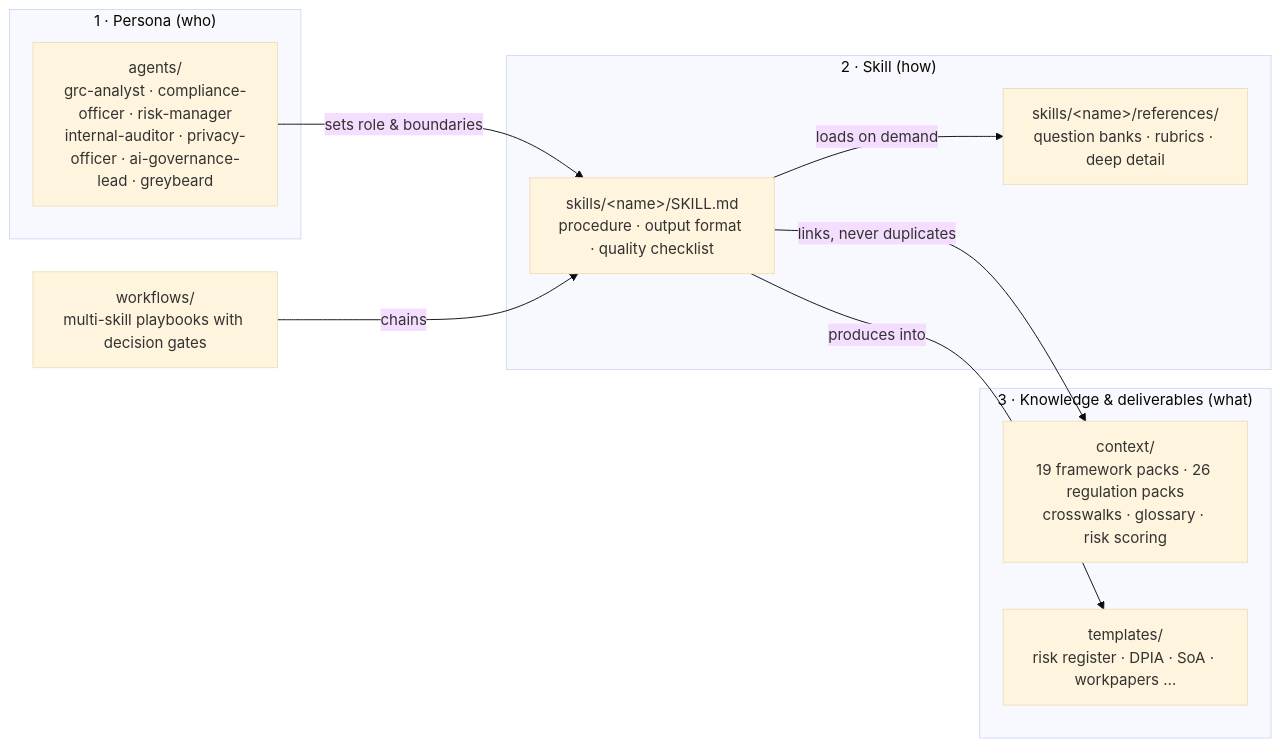
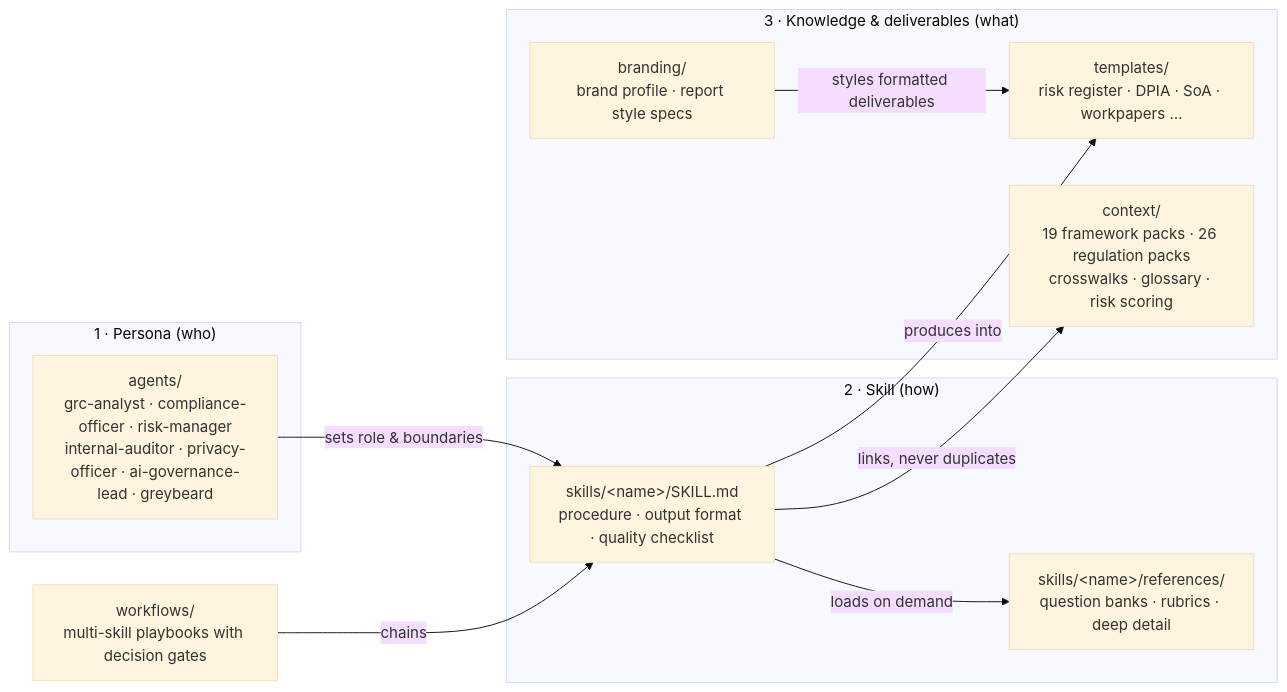
Before and after one commit to smerphy/cyber-grc-agent-skills: the diagram in README.md, drawn with Mermaid (base theme). The commit also changed other lines of this file and 15 other files, not shown here.

First line of the commit message:
Add branding layer: brand profile, assets, consulting-classic default report style

````diff
--- a/README.md
+++ b/README.md
@@ -119,20 +121,22 @@
 ```mermaid
 flowchart LR
     subgraph L1["1 · Persona (who)"]
         A["agents/<br/>grc-analyst · compliance-officer · risk-manager<br/>internal-auditor · privacy-officer · ai-governance-lead · greybeard"]
     end
     subgraph L2["2 · Skill (how)"]
         S["skills/&lt;name&gt;/SKILL.md<br/>procedure · output format · quality checklist"]
         R["skills/&lt;name&gt;/references/<br/>question banks · rubrics · deep detail"]
     end
     subgraph L3["3 · Knowledge & deliverables (what)"]
         C["context/<br/>19 framework packs · 26 regulation packs<br/>crosswalks · glossary · risk scoring"]
         T["templates/<br/>risk register · DPIA · SoA · workpapers …"]
+        B["branding/<br/>brand profile · report style specs"]
     end
     W["workflows/<br/>multi-skill playbooks with decision gates"]
     A -->|sets role & boundaries| S
     S -->|loads on demand| R
     S -->|links, never duplicates| C
     S -->|produces into| T
+    B -->|styles formatted deliverables| T
     W -->|chains| S
 ```
````
